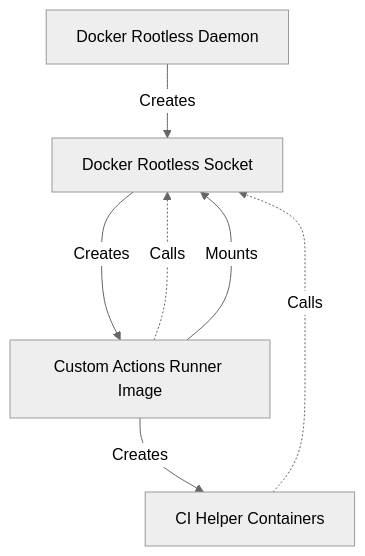
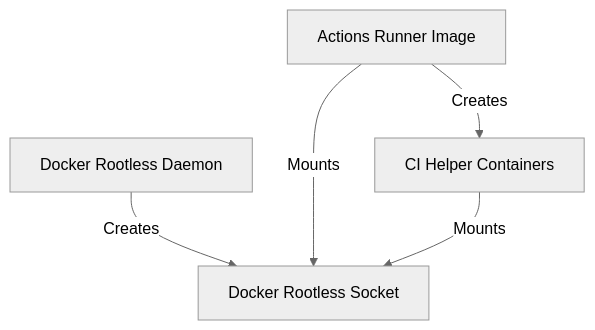
Before and after one commit to WATonomous/slurm-gha: the second of 3 diagrams in README.md, drawn with Mermaid (neutral theme). The commit also changed other lines of this file, not shown here.

````diff
--- a/README.md
+++ b/README.md
@@ -23,9 +26,7 @@
 ```mermaid
 graph TD
-    A[Docker Rootless Daemon] -->| Creates | B[Docker Rootless Socket]
-    B -->| Creates | C[Custom Actions Runner Image]
-    C -.->| Calls | B
-    C --->| Mounts | B
-    C -->| Creates | E[CI Helper Containers]
-    E -.->| Calls | B
+    A[Docker Rootless Daemon] -->|Creates| B[Docker Rootless Socket]
+    C[Actions Runner Image] -->|Mounts| B
+    C -->|Creates| E[CI Helper Containers]
+    E -->|Mounts| B
 ```
````
